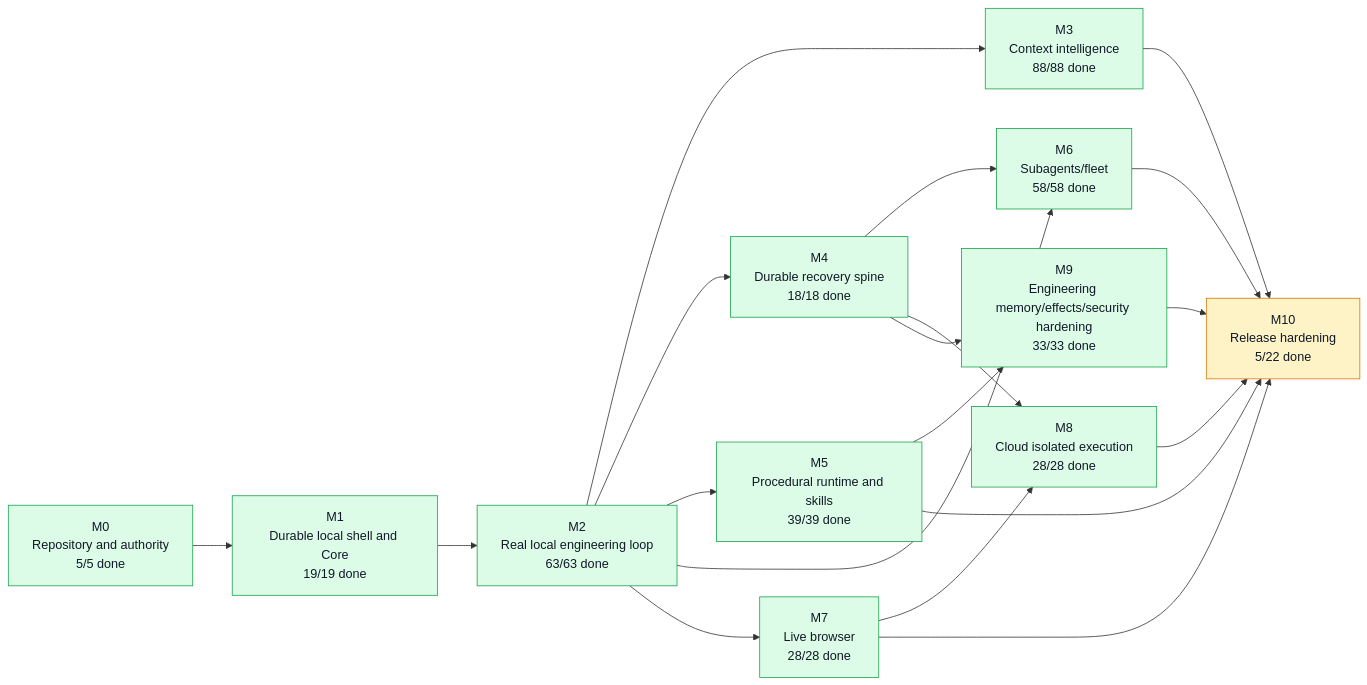
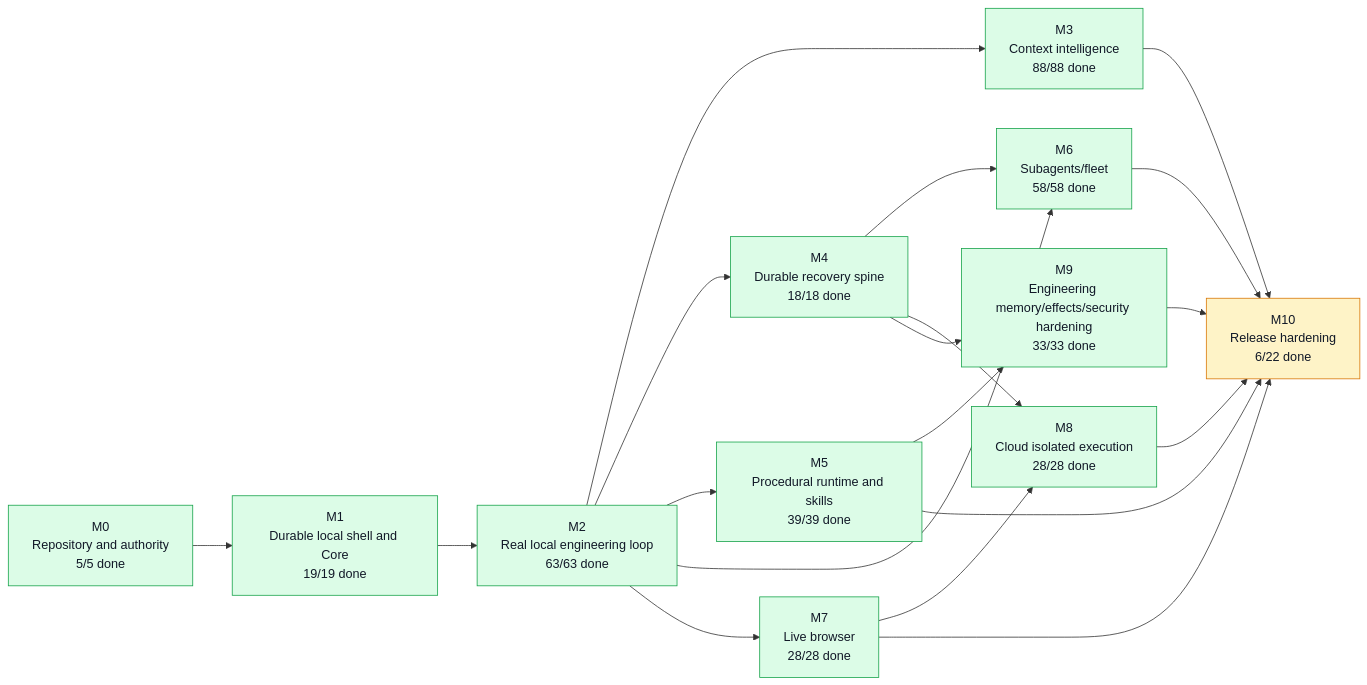
One commit to moss101/modbit changed the first of 5 diagrams in graph/PROJECT_GRAPH.md. Above: the diagram before and after it, drawn with Mermaid. The commit also changed other lines of this file and 5 other files, not shown here.

````diff
--- a/graph/PROJECT_GRAPH.md
+++ b/graph/PROJECT_GRAPH.md
@@ -57,43 +57,43 @@
 ```mermaid
 flowchart LR
   M0["M0<br/>Repository and authority<br/>5/5 done"]
   M1["M1<br/>Durable local shell and Core<br/>19/19 done"]
   M2["M2<br/>Real local engineering loop<br/>63/63 done"]
   M3["M3<br/>Context intelligence<br/>88/88 done"]
   M4["M4<br/>Durable recovery spine<br/>18/18 done"]
   M5["M5<br/>Procedural runtime and skills<br/>39/39 done"]
   M6["M6<br/>Subagents/fleet<br/>58/58 done"]
   M7["M7<br/>Live browser<br/>28/28 done"]
   M8["M8<br/>Cloud isolated execution<br/>28/28 done"]
   M9["M9<br/>Engineering memory/effects/security hardening<br/>33/33 done"]
-  M10["M10<br/>Release hardening<br/>5/22 done"]
+  M10["M10<br/>Release hardening<br/>6/22 done"]
   M0 --> M1
   M1 --> M2
   M2 --> M3
   M2 --> M4
   M2 --> M5
   M2 --> M6
   M4 --> M6
   M2 --> M7
   M4 --> M8
   M7 --> M8
   M4 --> M9
   M5 --> M9
   M3 --> M10
   M5 --> M10
   M6 --> M10
   M7 --> M10
   M8 --> M10
   M9 --> M10
   style M0 fill:#dcfce7,stroke:#16a34a,color:#111827
   style M1 fill:#dcfce7,stroke:#16a34a,color:#111827
   style M2 fill:#dcfce7,stroke:#16a34a,color:#111827
   style M3 fill:#dcfce7,stroke:#16a34a,color:#111827
   style M4 fill:#dcfce7,stroke:#16a34a,color:#111827
   style M5 fill:#dcfce7,stroke:#16a34a,color:#111827
   style M6 fill:#dcfce7,stroke:#16a34a,color:#111827
   style M7 fill:#dcfce7,stroke:#16a34a,color:#111827
   style M8 fill:#dcfce7,stroke:#16a34a,color:#111827
   style M9 fill:#dcfce7,stroke:#16a34a,color:#111827
   style M10 fill:#fef3c7,stroke:#d97706,color:#111827
 ```
````
